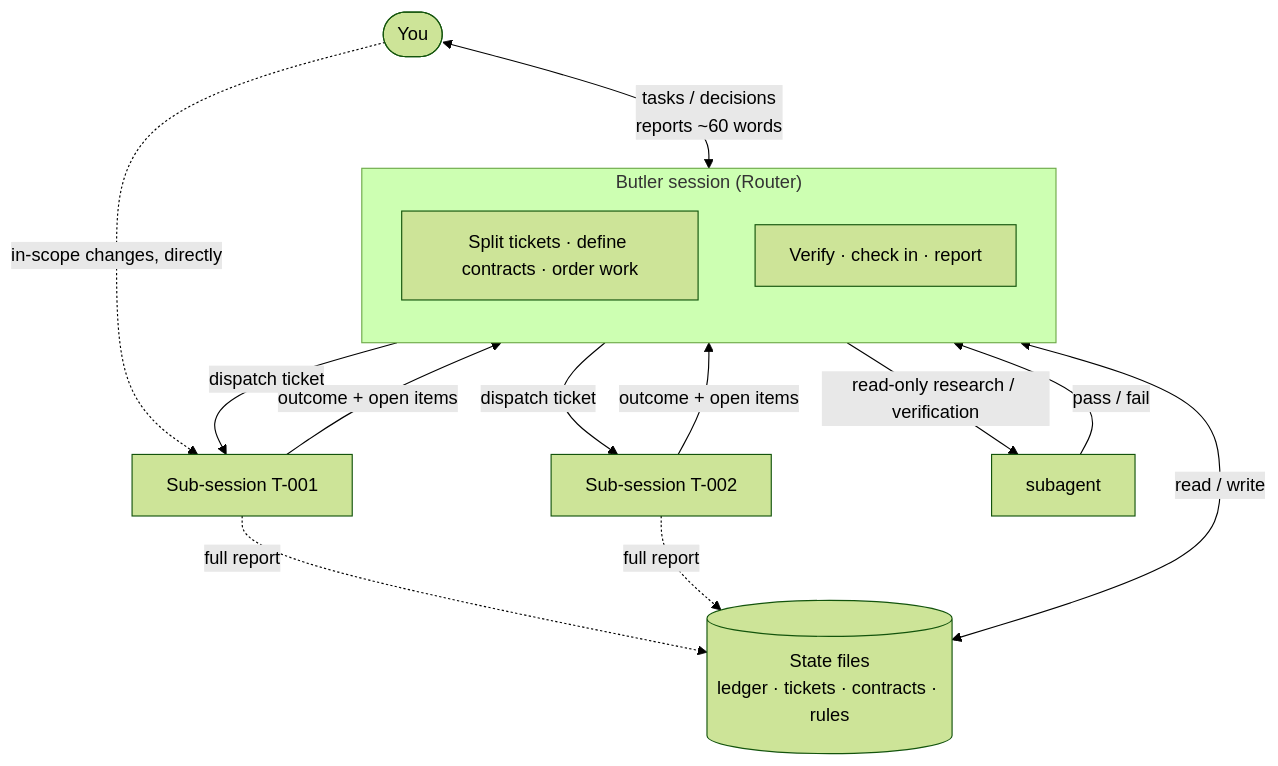
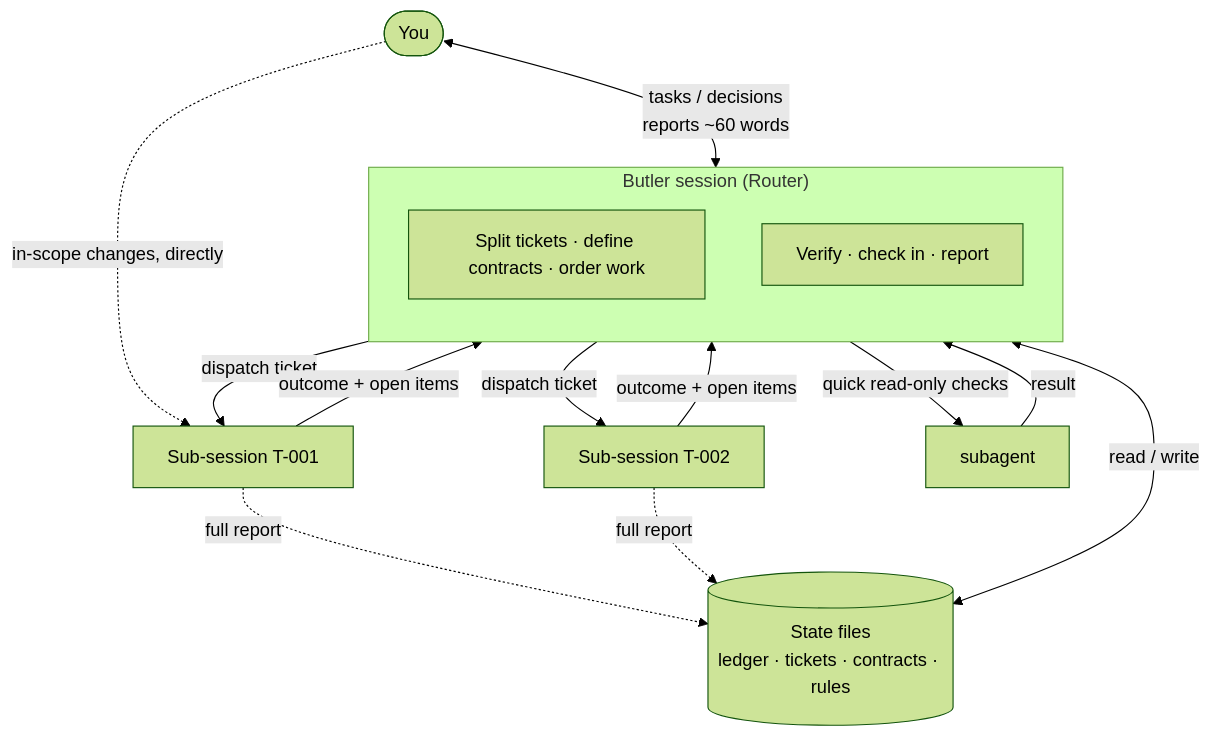
One commit to veragao0101-cmd/butler-skill changed the first of 2 diagrams in README.md. Above: the diagram before and after it, drawn with Mermaid (forest theme). The commit also changed other lines of this file and 9 other files, not shown here.

````diff
--- a/README.md
+++ b/README.md
@@ -56,25 +56,25 @@
 ```mermaid
 flowchart TB
     U([You]) <-->|"tasks / decisions<br/>reports ~60 words"| R
 
     subgraph R["Butler session (Router)"]
         direction TB
         R1[Split tickets · define contracts · order work]
         R2[Verify · check in · report]
     end
 
     R <-->|read / write| S[("State files<br/>ledger · tickets · contracts · rules")]
 
     R -->|dispatch ticket| W1[Sub-session T-001]
     R -->|dispatch ticket| W2[Sub-session T-002]
-    R -->|read-only research / verification| SA[subagent]
+    R -->|quick read-only checks| SA[subagent]
 
     W1 -->|outcome + open items| R
     W2 -->|outcome + open items| R
-    SA -->|pass / fail| R
+    SA -->|result| R
 
     W1 -.->|full report| S
     W2 -.->|full report| S
 
     U -.->|in-scope changes, directly| W1
 ```
````
